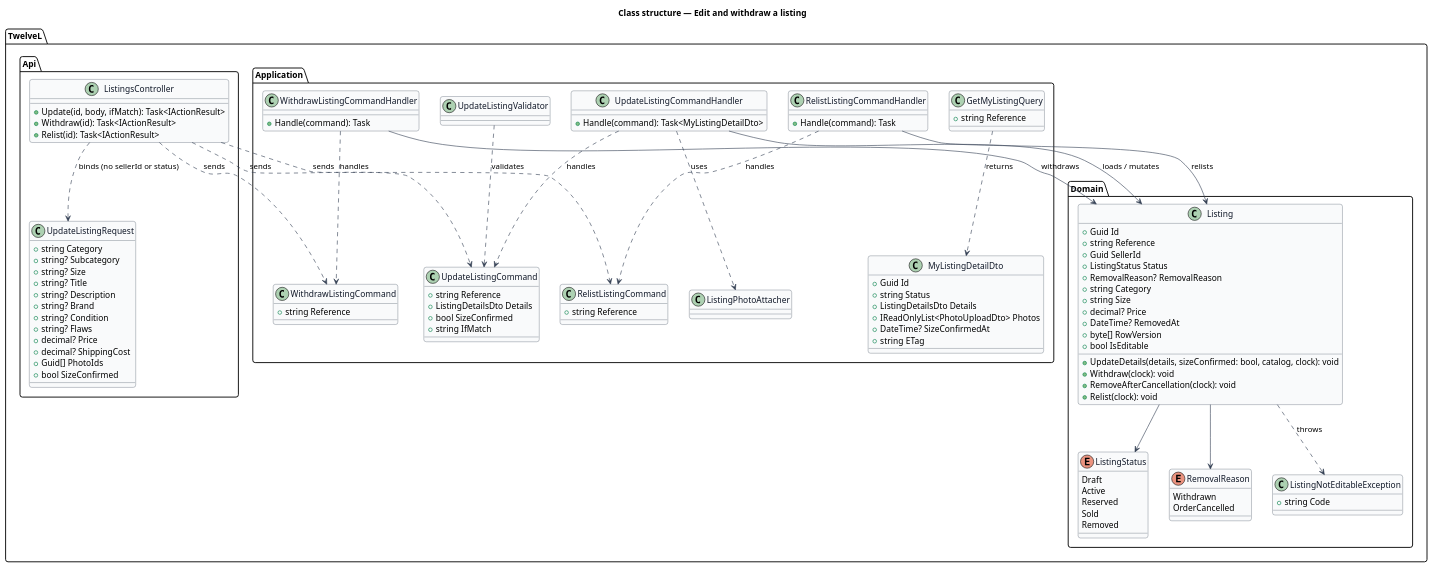
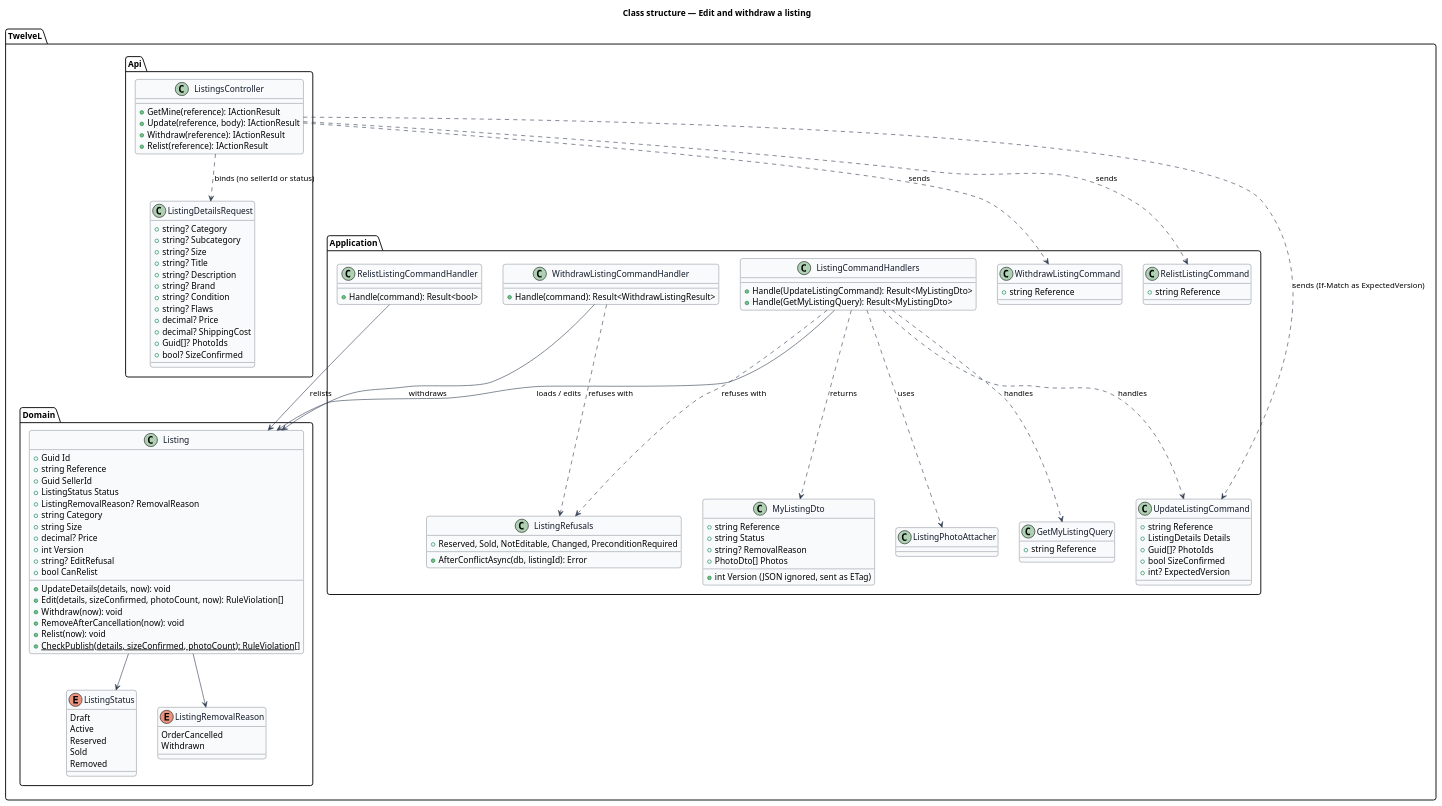
The diagram in docs/detailed-designs/listings/edit-and-withdraw-listing/diagrams/class-structure.puml (QuinntyneBrown/12l), drawn with PlantUML before and after one commit. The commit also changed 18 other files, not shown here.

Commit message:
Document edit-and-withdraw-listing: design, ADR listings/0003, mocks, L2-020, composition, estimates

```diff
--- a/docs/detailed-designs/listings/edit-and-withdraw-listing/diagrams/class-structure.puml
+++ b/docs/detailed-designs/listings/edit-and-withdraw-listing/diagrams/class-structure.puml
@@ -1,123 +1,126 @@
 @startuml
 skinparam backgroundColor #FFFFFF
 skinparam shadowing false
 skinparam roundcorner 8
 skinparam defaultFontName Arial
 skinparam ArrowColor #344054
 skinparam class {
   BorderColor #344054
   FontColor #101828
   BackgroundColor #F9FAFB
 }
 title Class structure — Edit and withdraw a listing
 
 package "TwelveL.Domain" {
   enum ListingStatus {
     Draft
     Active
     Reserved
     Sold
     Removed
   }
-  enum RemovalReason {
+  enum ListingRemovalReason {
+    OrderCancelled
     Withdrawn
-    OrderCancelled
   }
   class Listing {
     +Guid Id
     +string Reference
     +Guid SellerId
     +ListingStatus Status
-    +RemovalReason? RemovalReason
+    +ListingRemovalReason? RemovalReason
     +string Category
     +string Size
     +decimal? Price
-    +DateTime? RemovedAt
-    +byte[] RowVersion
-    +bool IsEditable
-    +UpdateDetails(details, sizeConfirmed: bool, catalog, clock): void
-    +Withdraw(clock): void
-    +RemoveAfterCancellation(clock): void
-    +Relist(clock): void
-  }
-  class ListingNotEditableException {
-    +string Code
+    +int Version
+    +string? EditRefusal
+    +bool CanRelist
+    +UpdateDetails(details, now): void
+    +Edit(details, sizeConfirmed, photoCount, now): RuleViolation[]
+    +Withdraw(now): void
+    +RemoveAfterCancellation(now): void
+    +Relist(now): void
+    +{static} CheckPublish(details, sizeConfirmed, photoCount): RuleViolation[]
   }
 }
 
 package "TwelveL.Application" {
   class GetMyListingQuery {
     +string Reference
   }
-  class MyListingDetailDto {
-    +Guid Id
+  class MyListingDto {
+    +string Reference
     +string Status
-    +ListingDetailsDto Details
-    +IReadOnlyList<PhotoUploadDto> Photos
-    +DateTime? SizeConfirmedAt
-    +string ETag
+    +string? RemovalReason
+    +PhotoDto[] Photos
+    +int Version (JSON ignored, sent as ETag)
   }
   class UpdateListingCommand {
     +string Reference
-    +ListingDetailsDto Details
+    +ListingDetails Details
+    +Guid[]? PhotoIds
     +bool SizeConfirmed
-    +string IfMatch
+    +int? ExpectedVersion
   }
   class WithdrawListingCommand {
     +string Reference
   }
   class RelistListingCommand {
     +string Reference
   }
-  class UpdateListingCommandHandler {
-    +Handle(command): Task<MyListingDetailDto>
+  class ListingCommandHandlers {
+    +Handle(UpdateListingCommand): Result<MyListingDto>
+    +Handle(GetMyListingQuery): Result<MyListingDto>
   }
   class WithdrawListingCommandHandler {
-    +Handle(command): Task
+    +Handle(command): Result<WithdrawListingResult>
   }
   class RelistListingCommandHandler {
-    +Handle(command): Task
+    +Handle(command): Result<bool>
   }
-  class UpdateListingValidator
+  class ListingRefusals {
+    +Reserved, Sold, NotEditable, Changed, PreconditionRequired
+    +AfterConflictAsync(db, listingId): Error
+  }
   class ListingPhotoAttacher
 }
 
 package "TwelveL.Api" {
   class ListingsController {
-    +Update(id, body, ifMatch): Task<IActionResult>
-    +Withdraw(id): Task<IActionResult>
-    +Relist(id): Task<IActionResult>
+    +GetMine(reference): IActionResult
+    +Update(reference, body): IActionResult
+    +Withdraw(reference): IActionResult
+    +Relist(reference): IActionResult
   }
-  class UpdateListingRequest {
-    +string Category
+  class ListingDetailsRequest {
+    +string? Category
     +string? Subcategory
     +string? Size
     +string? Title
     +string? Description
     +string? Brand
     +string? Condition
     +string? Flaws
     +decimal? Price
     +decimal? ShippingCost
-    +Guid[] PhotoIds
-    +bool SizeConfirmed
+    +Guid[]? PhotoIds
+    +bool? SizeConfirmed
   }
 }
 
-ListingsController ..> UpdateListingRequest : binds (no sellerId or status)
-ListingsController ..> UpdateListingCommand : sends
+ListingsController ..> ListingDetailsRequest : binds (no sellerId or status)
+ListingsController ..> UpdateListingCommand : sends (If-Match as ExpectedVersion)
 ListingsController ..> WithdrawListingCommand : sends
 ListingsController ..> RelistListingCommand : sends
-UpdateListingCommandHandler ..> UpdateListingCommand : handles
-UpdateListingCommandHandler --> Listing : loads / mutates
-UpdateListingCommandHandler ..> ListingPhotoAttacher : uses
-UpdateListingValidator ..> UpdateListingCommand : validates
-WithdrawListingCommandHandler ..> WithdrawListingCommand : handles
+ListingCommandHandlers ..> UpdateListingCommand : handles
+ListingCommandHandlers ..> GetMyListingQuery : handles
+ListingCommandHandlers --> Listing : loads / edits
+ListingCommandHandlers ..> ListingPhotoAttacher : uses
+ListingCommandHandlers ..> ListingRefusals : refuses with
 WithdrawListingCommandHandler --> Listing : withdraws
-RelistListingCommandHandler ..> RelistListingCommand : handles
+WithdrawListingCommandHandler ..> ListingRefusals : refuses with
 RelistListingCommandHandler --> Listing : relists
 Listing --> ListingStatus
-Listing --> RemovalReason
-Listing ..> ListingNotEditableException : throws
-GetMyListingQuery ..> MyListingDetailDto : returns
+Listing --> ListingRemovalReason
+ListingCommandHandlers ..> MyListingDto : returns
 @enduml
```
